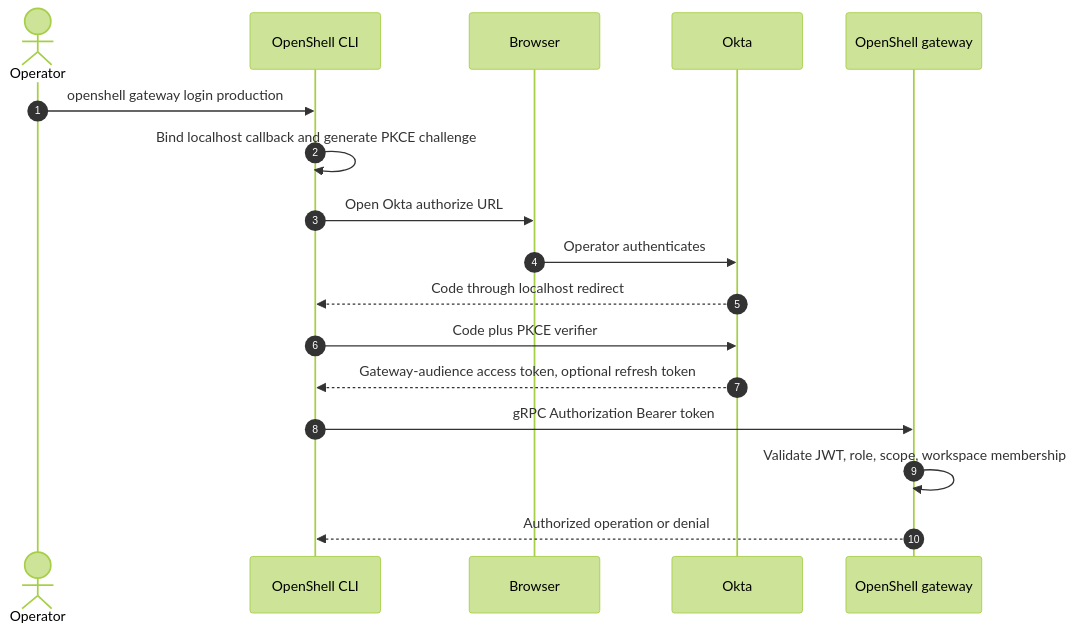
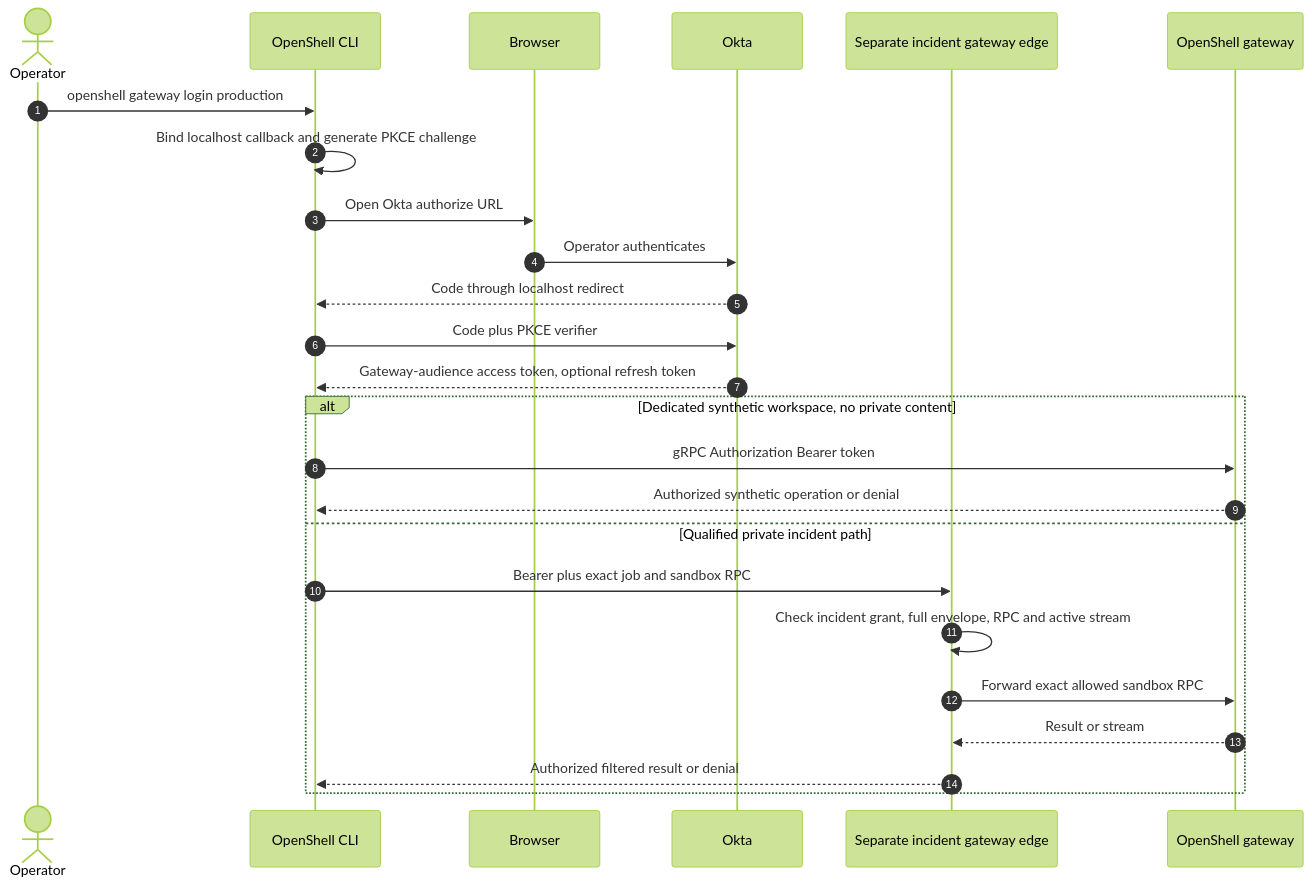
One commit to gvaibhav/openshell-deep-research-platform changed the third of 6 diagrams in docs/design/identity-and-access.md. Above: the diagram before and after it, drawn with Mermaid (forest theme). The commit also changed other lines of this file and 48 other files, not shown here.

````diff
--- a/docs/design/identity-and-access.md
+++ b/docs/design/identity-and-access.md
@@ -98,19 +109,27 @@
 ```mermaid
 sequenceDiagram
     autonumber
     actor Operator
     participant CLI as OpenShell CLI
     participant Browser
     participant Okta
+    participant Edge as Separate incident gateway edge
     participant Gateway as OpenShell gateway
     Operator->>CLI: openshell gateway login production
     CLI->>CLI: Bind localhost callback and generate PKCE challenge
     CLI->>Browser: Open Okta authorize URL
     Browser->>Okta: Operator authenticates
     Okta-->>CLI: Code through localhost redirect
     CLI->>Okta: Code plus PKCE verifier
     Okta-->>CLI: Gateway-audience access token, optional refresh token
-    CLI->>Gateway: gRPC Authorization Bearer token
-    Gateway->>Gateway: Validate JWT, role, scope, workspace membership
-    Gateway-->>CLI: Authorized operation or denial
+    alt Dedicated synthetic workspace, no private content
+        CLI->>Gateway: gRPC Authorization Bearer token
+        Gateway-->>CLI: Authorized synthetic operation or denial
+    else Qualified private incident path
+        CLI->>Edge: Bearer plus exact job and sandbox RPC
+        Edge->>Edge: Check incident grant, full envelope, RPC and active stream
+        Edge->>Gateway: Forward exact allowed sandbox RPC
+        Gateway-->>Edge: Result or stream
+        Edge-->>CLI: Authorized filtered result or denial
+    end
 ```
````
